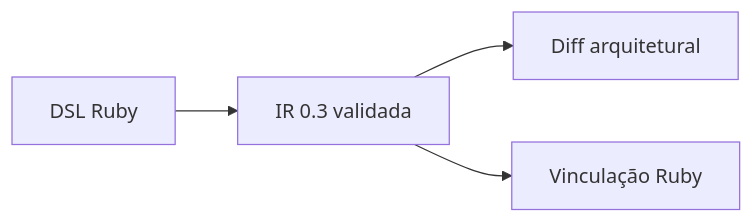
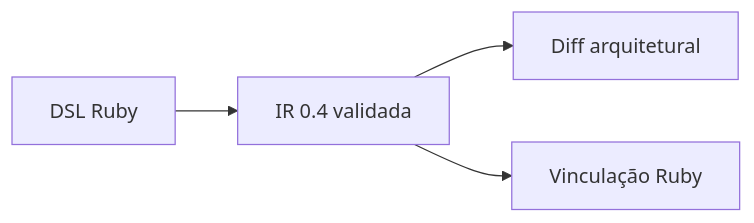
One commit to vetra-framework/vetra changed the diagram in README.md. Above: the diagram before and after it, drawn with Mermaid. The commit also changed other lines of this file and 29 other files, not shown here.

First line of the commit message:
feat(graph): gerar comandos de vínculo de many_to_many na IR 0.4

````diff
--- a/README.md
+++ b/README.md
@@ -28,6 +28,6 @@
 ```mermaid
 flowchart LR
-    A["DSL Ruby"] --> B["IR 0.3 validada"]
+    A["DSL Ruby"] --> B["IR 0.4 validada"]
     B --> C["Diff arquitetural"]
     B --> D["Vinculação Ruby"]
 ```
````
